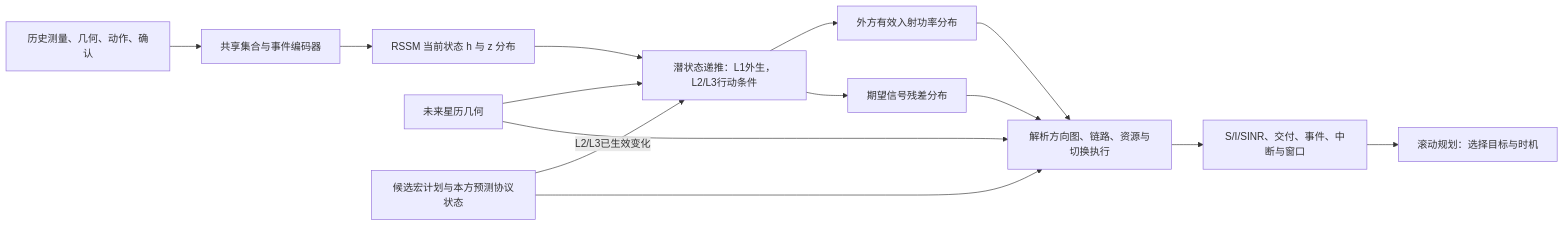
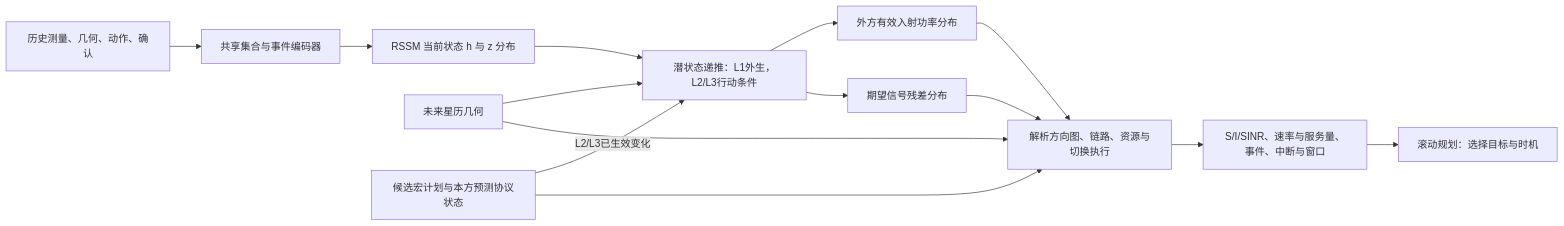
Before and after one commit to Shizhen-Jia/WorldNTN: the first of 2 diagrams in literature review/多星座对等共存_历史观测世界模型与预测切换_详细研究方案.md, drawn with Mermaid. The commit also changed other lines of this file and 5 other files, not shown here.

````diff
--- a/literature review/多星座对等共存_历史观测世界模型与预测切换_详细研究方案.md
+++ b/literature review/多星座对等共存_历史观测世界模型与预测切换_详细研究方案.md
@@ -231,16 +232,16 @@
 ```mermaid
 flowchart LR
     H[历史测量、几何、动作、确认] --> E[共享集合与事件编码器]
     E --> B[RSSM 当前状态 h 与 z 分布]
     B --> T[潜状态递推：L1外生，L2/L3行动条件]
     G[未来星历几何] --> T
     A[候选宏计划与本方预测协议状态] -->|L2/L3已生效变化| T
     A --> C
     T --> Q[外方有效入射功率分布]
     T --> R[期望信号残差分布]
     Q --> C[解析方向图、链路、资源与切换执行]
     R --> C
     G --> C
-    C --> O[S/I/SINR、交付、事件、中断与窗口]
+    C --> O[S/I/SINR、速率与服务量、事件、中断与窗口]
     O --> P[滚动规划：选择目标与时机]
 ```
````
